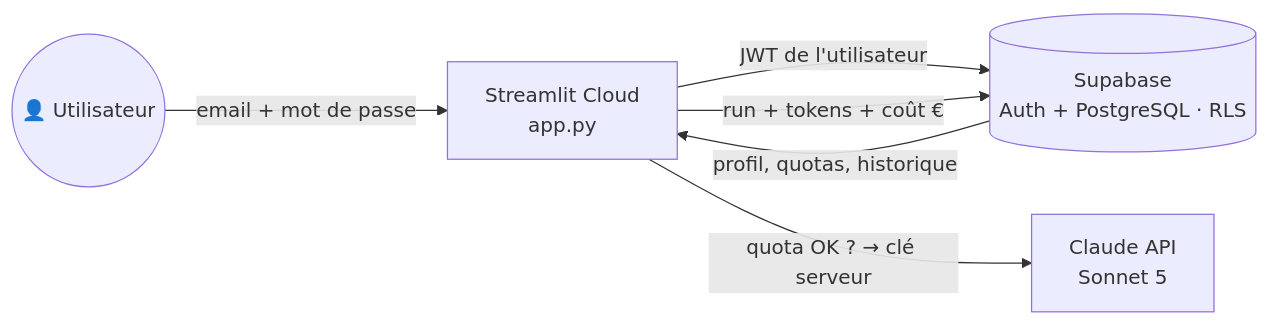
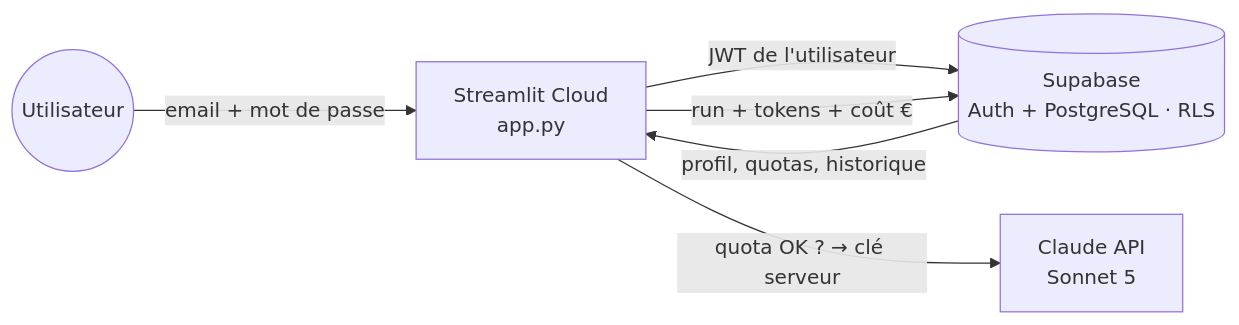
Before and after one commit to clementbiteau/ai-po-assistant: the second of 2 diagrams in README.md, drawn with Mermaid. The commit also changed other lines of this file and 15 other files, not shown here.

````diff
--- a/README.md
+++ b/README.md
@@ -40,8 +40,8 @@
 ```mermaid
 flowchart LR
-    U(("👤 Utilisateur")) -->|email + mot de passe| APP["Streamlit Cloud<br/>app.py"]
+    U(("Utilisateur")) -->|email + mot de passe| APP["Streamlit Cloud<br/>app.py"]
     APP -->|JWT de l'utilisateur| SB[("Supabase<br/>Auth + PostgreSQL · RLS")]
     SB -->|profil, quotas, historique| APP
     APP -->|"quota OK ? → clé serveur"| CL["Claude API<br/>Sonnet 5"]
     APP -->|run + tokens + coût €| SB
 ```
````
